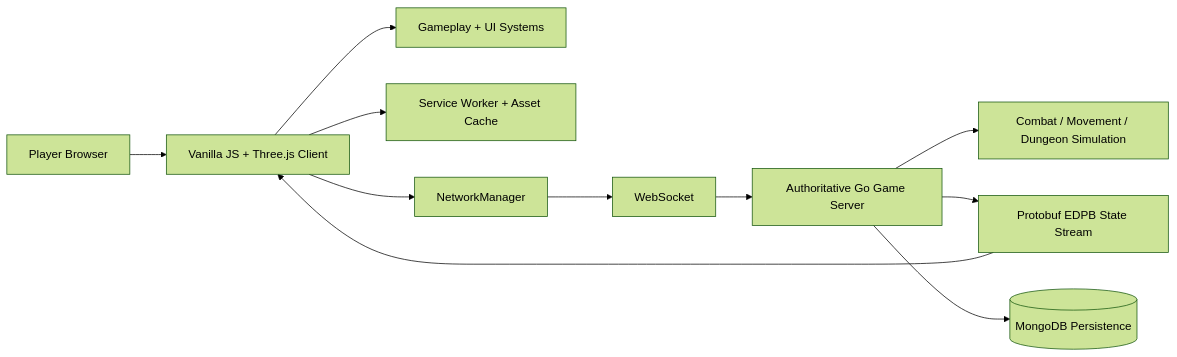
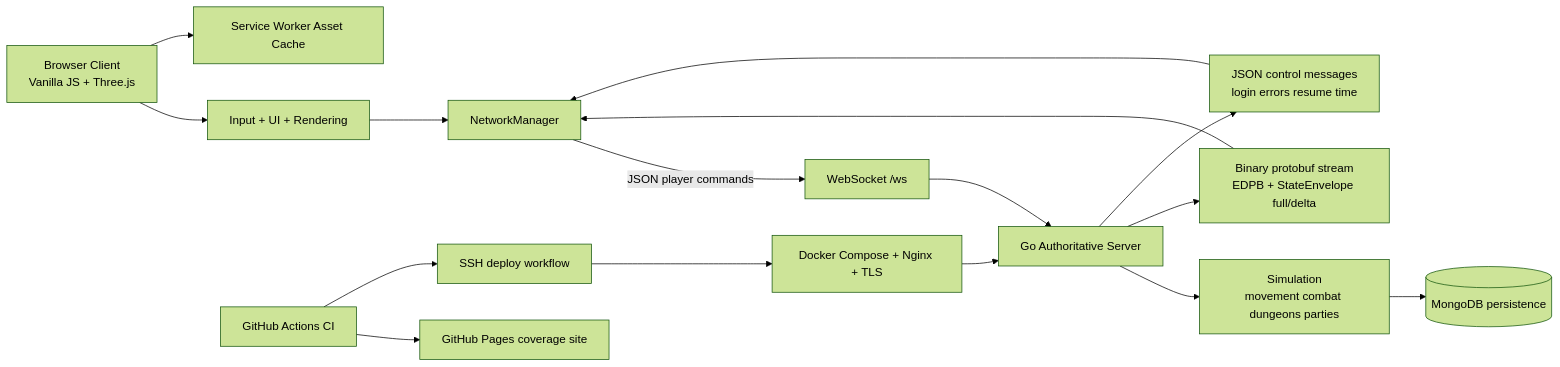
One commit to aeml/eidolon changed the diagram in README.md. Above: the diagram before and after it, drawn with Mermaid (forest theme). The commit also changed other lines of this file, not shown here.

Commit message:
Improve Eidolon README for systems portfolio

````diff
--- a/README.md
+++ b/README.md
@@ -119,13 +47,21 @@
 ```mermaid
-graph LR
-    Player[Player Browser] --> Client[Vanilla JS + Three.js Client]
-    Client --> UI[Gameplay + UI Systems]
-    Client --> Cache[Service Worker + Asset Cache]
-    Client --> NM[NetworkManager]
-    NM --> WS[WebSocket]
-    WS --> Server[Authoritative Go Game Server]
-    Server --> Sim[Combat / Movement / Dungeon Simulation]
-    Server --> PB[Protobuf EDPB State Stream]
-    Server --> DB[(MongoDB Persistence)]
-    PB --> Client
+flowchart LR
+    Browser[Browser Client\nVanilla JS + Three.js] --> Input[Input + UI + Rendering]
+    Input --> NM[NetworkManager]
+    Browser --> SW[Service Worker Asset Cache]
+
+    NM -->|JSON player commands| WS[WebSocket /ws]
+    WS --> Server[Go Authoritative Server]
+    Server --> Sim[Simulation\nmovement combat dungeons parties]
+    Server --> Proto[Binary protobuf stream\nEDPB + StateEnvelope full/delta]
+    Server --> Json[JSON control messages\nlogin errors resume time]
+    Sim --> Mongo[(MongoDB persistence)]
+
+    Proto --> NM
+    Json --> NM
+
+    CI[GitHub Actions CI] --> Pages[GitHub Pages coverage site]
+    CI --> Deploy[SSH deploy workflow]
+    Deploy --> Host[Docker Compose + Nginx + TLS]
+    Host --> Server
 ```
````
